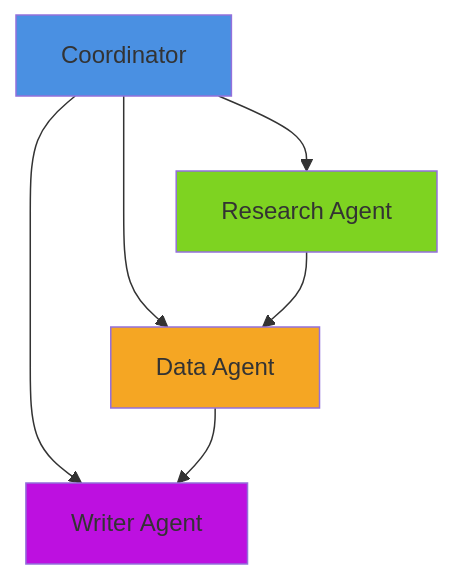
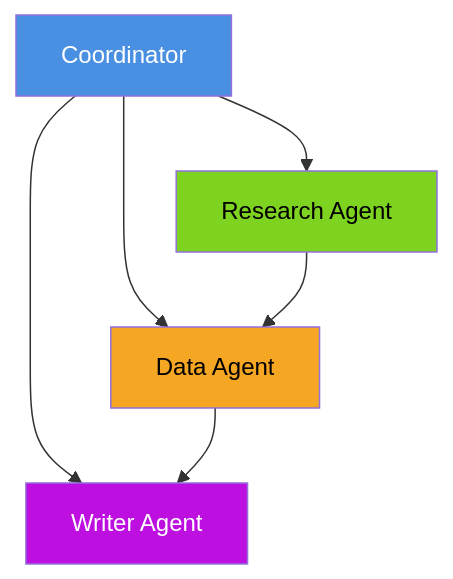
One commit to EideticPleroma/tutorials changed the second of 6 diagrams in lesson-2-multi-agent/tutorial-2/guides/designing-agent-teams.md. Above: the diagram before and after it, drawn with Mermaid. The commit also changed other lines of this file and 7 other files, not shown here.

First line of the commit message:
docs: implement color contrast standards across all diagrams

````diff
--- a/lesson-2-multi-agent/tutorial-2/guides/designing-agent-teams.md
+++ b/lesson-2-multi-agent/tutorial-2/guides/designing-agent-teams.md
@@ -227,13 +227,13 @@
 ```mermaid
 graph TD
     A[Coordinator] --> B[Research Agent]
     A --> C[Data Agent]
     B --> C
     A --> D[Writer Agent]
     C --> D
     
-    style A fill:#4A90E2
-    style B fill:#7ED321
-    style C fill:#F5A623
-    style D fill:#BD10E0
+    style A fill:#4A90E2,color:#FFFFFF
+    style B fill:#7ED321,color:#000000
+    style C fill:#F5A623,color:#000000
+    style D fill:#BD10E0,color:#FFFFFF
 ```
````
